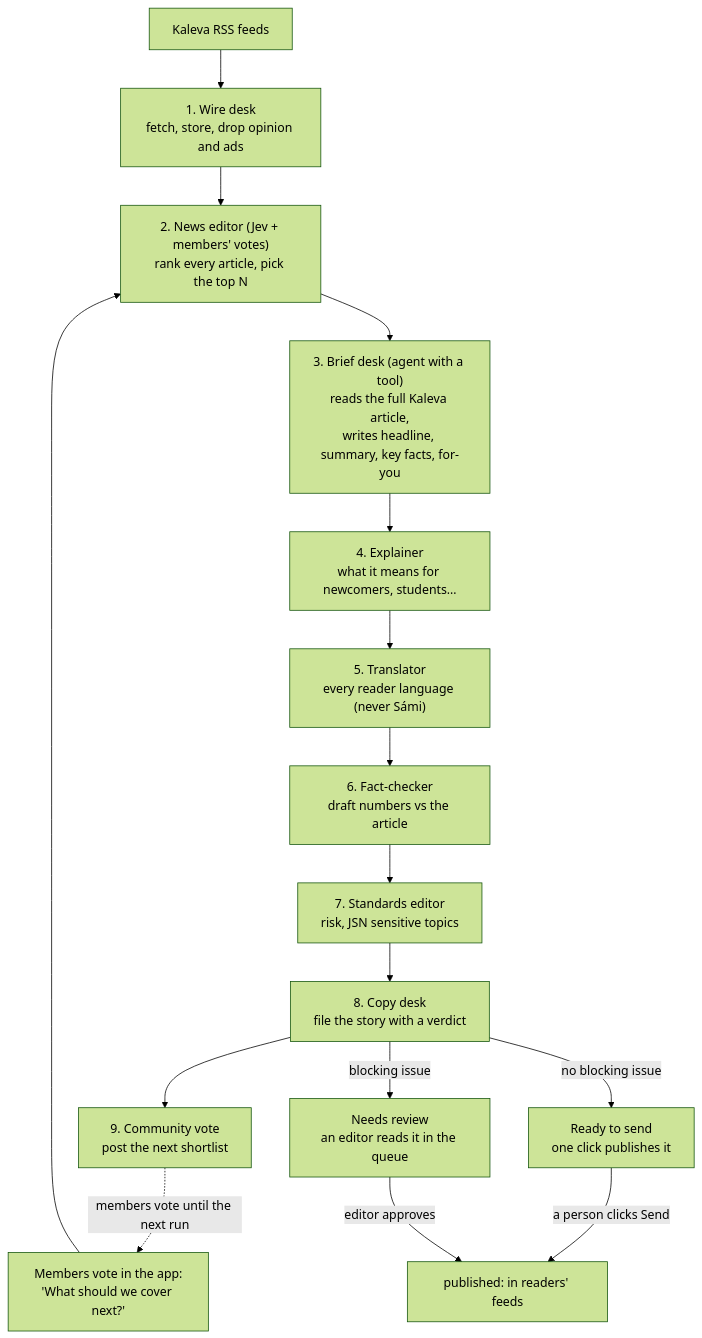
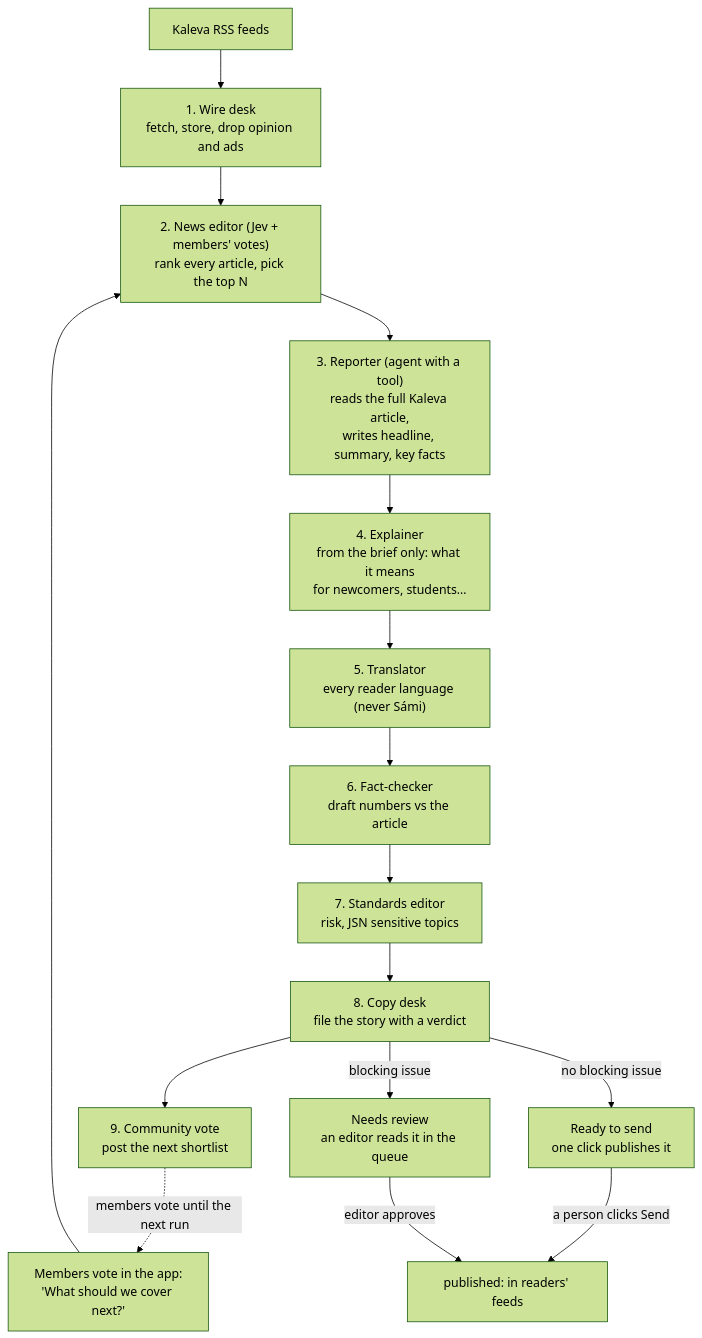
The second of 3 diagrams in docs/GUIDE.md (Mesbahul-Islam/junction-oulu-2026), drawn with Mermaid (forest theme) before and after one commit. The commit also changed other lines of this file and 8 other files, not shown here.

````diff
--- a/docs/GUIDE.md
+++ b/docs/GUIDE.md
@@ -173,18 +173,18 @@
 ```mermaid
 flowchart TD
     K["Kaleva RSS feeds"] --> W["1. Wire desk<br/>fetch, store, drop opinion and ads"]
     V["Members vote in the app:<br/>'What should we cover next?'"] --> N
     W --> N["2. News editor (Jev + members' votes)<br/>rank every article, pick the top N"]
-    N --> R["3. Brief desk (agent with a tool)<br/>reads the full Kaleva article,<br/>writes headline, summary, key facts, for-you"]
-    R --> E["4. Explainer<br/>what it means for newcomers, students…"]
+    N --> R["3. Reporter (agent with a tool)<br/>reads the full Kaleva article,<br/>writes headline, summary, key facts"]
+    R --> E["4. Explainer<br/>from the brief only: what it means<br/>for newcomers, students…"]
     E --> T["5. Translator<br/>every reader language (never Sámi)"]
     T --> F["6. Fact-checker<br/>draft numbers vs the article"]
     F --> S["7. Standards editor<br/>risk, JSN sensitive topics"]
     S --> C["8. Copy desk<br/>file the story with a verdict"]
     C --> CV["9. Community vote<br/>post the next shortlist"]
     CV -.->|"members vote until the next run"| V
     C -->|"no blocking issue"| RD["Ready to send<br/>one click publishes it"]
     C -->|"blocking issue"| NR["Needs review<br/>an editor reads it in the queue"]
     RD -->|"a person clicks Send"| PUB["published: in readers' feeds"]
     NR -->|"editor approves"| PUB
 ```
````
